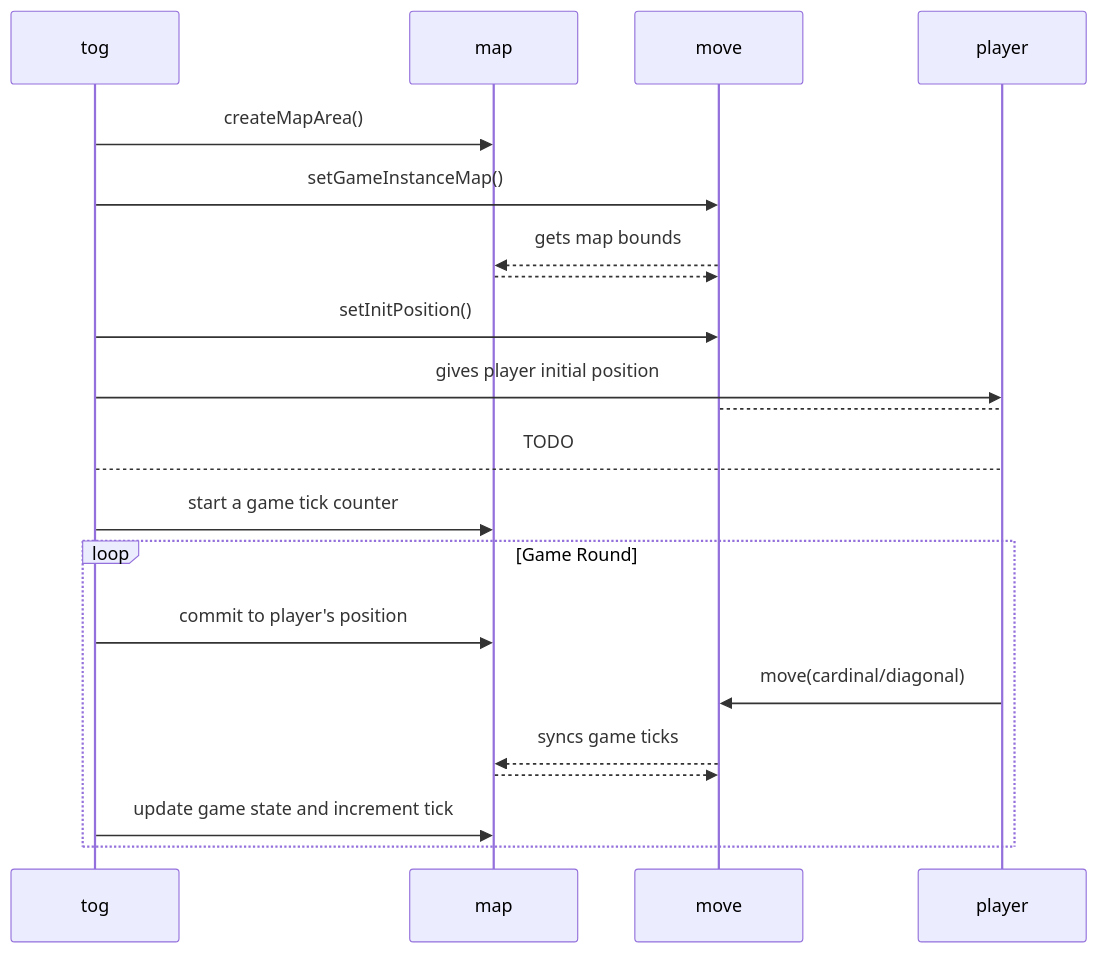
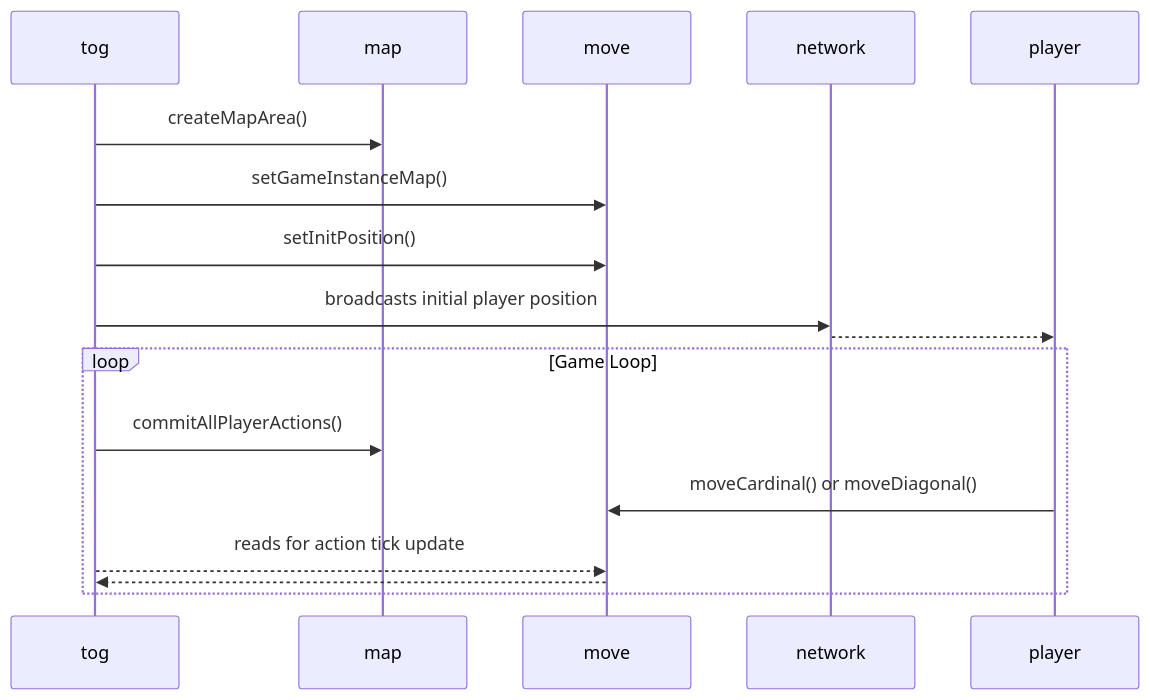
The diagram in diagrams/map_player_interaction.md (elton-cs/tog-smartcontracts), drawn with Mermaid before and after one commit. The commit also changed other lines of this file, not shown here.

Commit message:
Add map and move contract interaction diagram and details to documentation

````diff
--- a/diagrams/map_player_interaction.md
+++ b/diagrams/map_player_interaction.md
@@ -1,19 +4,14 @@
 ``` mermaid
 sequenceDiagram
     tog ->> map : createMapArea()
     tog ->> move : setGameInstanceMap()
-    move -->> map : gets map bounds
-    map -->> move : 
     tog ->> move : setInitPosition()
-    tog ->> player : gives player initial position
-    move --> player : 
-    tog --> player : TODO
-    tog ->> map : start a game tick counter
-    loop Game Round
-        tog ->> map : commit to player's position
-        player ->> move : move(cardinal/diagonal)
-        move -->> map : syncs game ticks
-        map -->> move : 
-        tog ->> map : update game state and increment tick
+    tog ->> network : broadcasts initial player position
+    network -->> player : 
+    loop Game Loop
+        tog ->> map : commitAllPlayerActions()
+        player ->> move : moveCardinal() or moveDiagonal()
+        tog -->> move : reads for action tick update
+        move -->> tog : 
     end
 ```
````
